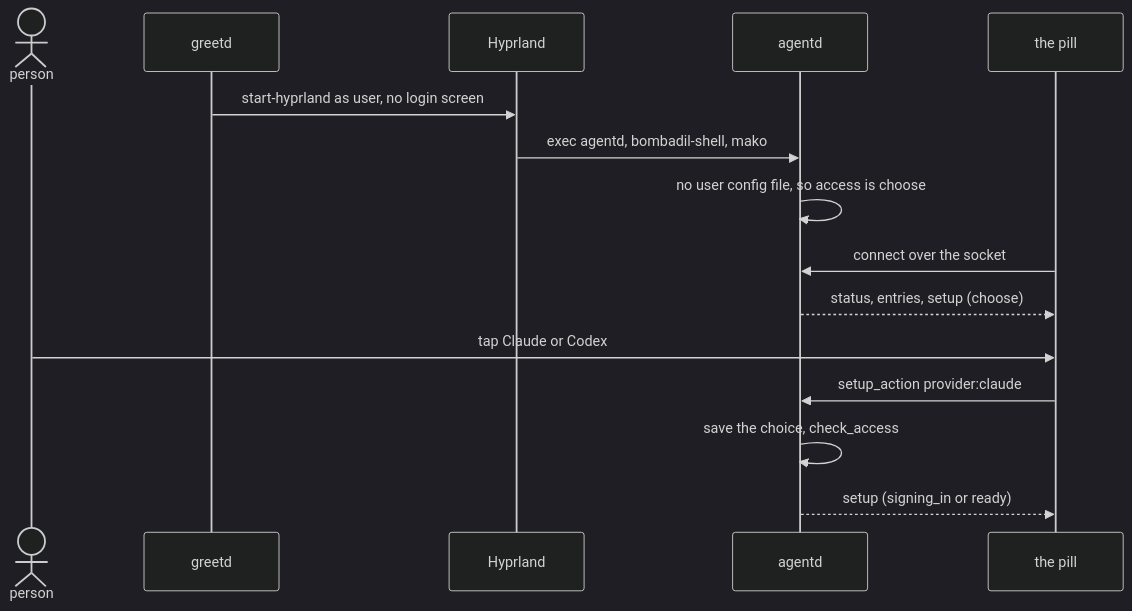
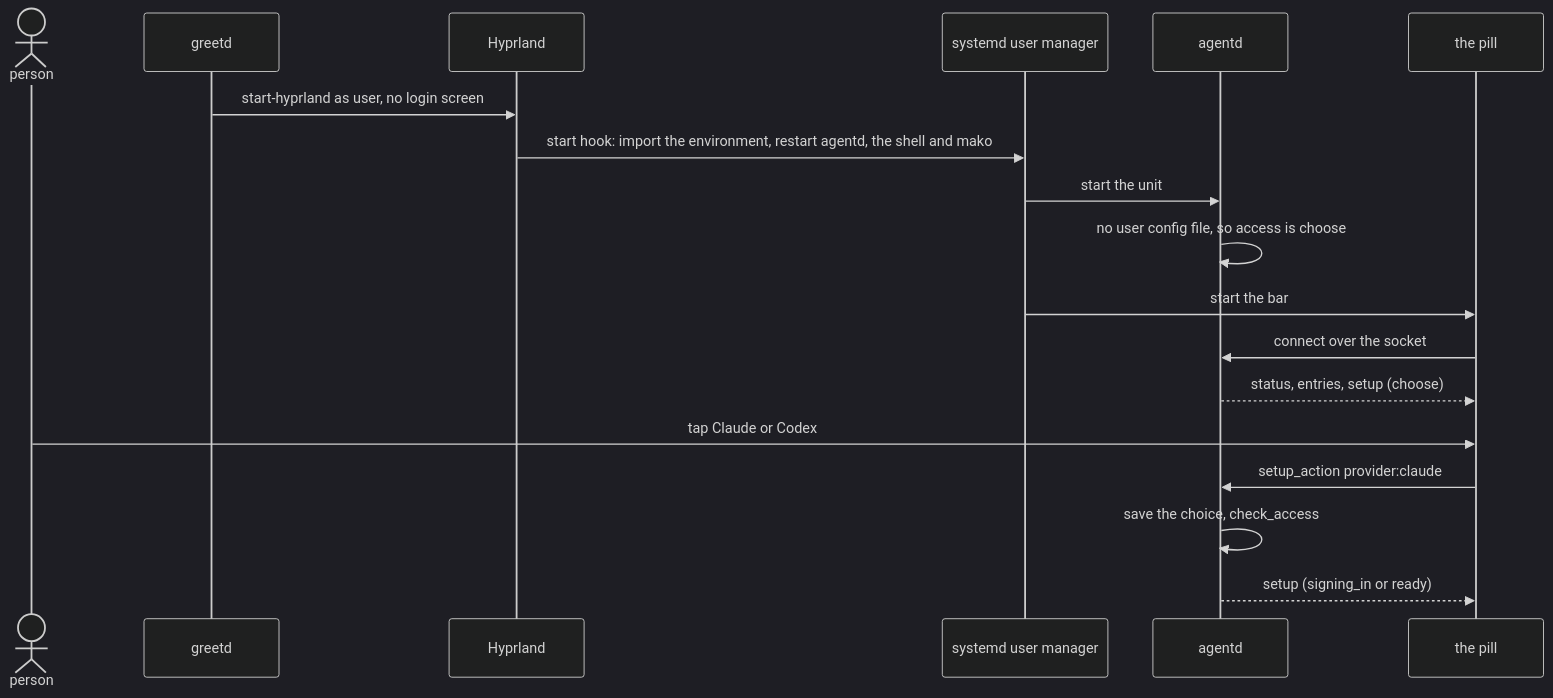
One commit to thedefaultman/Bombadil changed the first of 16 diagrams in docs/ux/flows.md. Above: the diagram before and after it, drawn with Mermaid (dark theme). The commit also changed other lines of this file and 31 other files, not shown here.

````diff
--- a/docs/ux/flows.md
+++ b/docs/ux/flows.md
@@ -14,17 +14,20 @@
 ```mermaid
 sequenceDiagram
     actor U as person
     participant G as greetd
     participant H as Hyprland
+    participant S as systemd user manager
     participant A as agentd
     participant P as the pill
     G->>H: start-hyprland as user, no login screen
-    H->>A: exec agentd, bombadil-shell, mako
+    H->>S: start hook: import the environment, restart agentd, the shell and mako
+    S->>A: start the unit
     A->>A: no user config file, so access is choose
+    S->>P: start the bar
     P->>A: connect over the socket
     A-->>P: status, entries, setup (choose)
     U->>P: tap Claude or Codex
     P->>A: setup_action provider:claude
     A->>A: save the choice, check_access
     A-->>P: setup (signing_in or ready)
 ```
````
